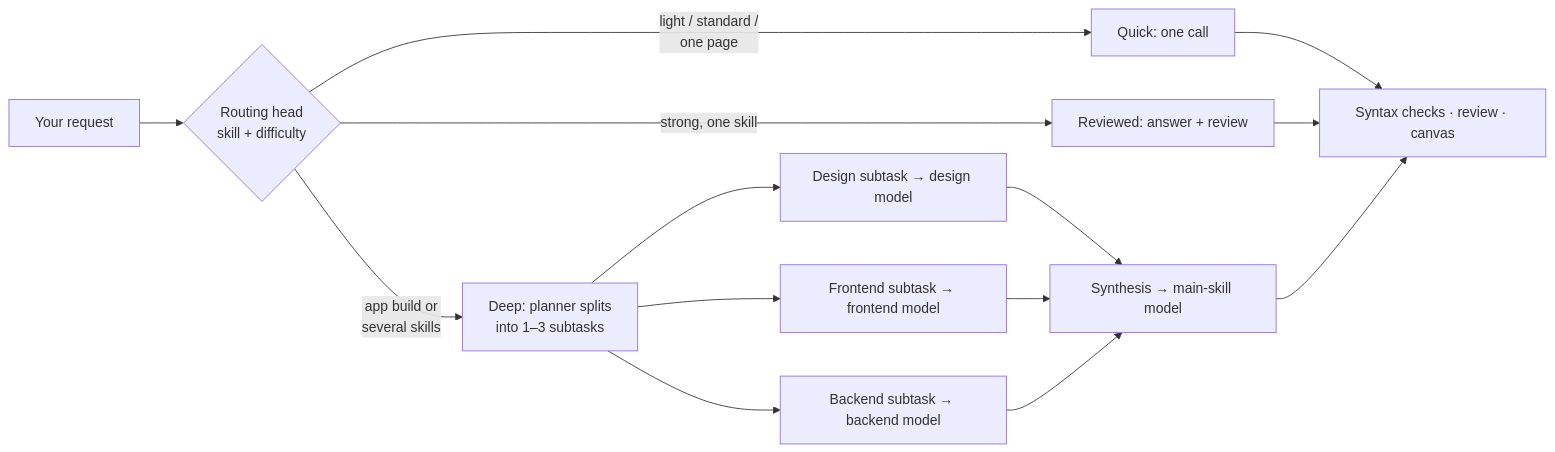
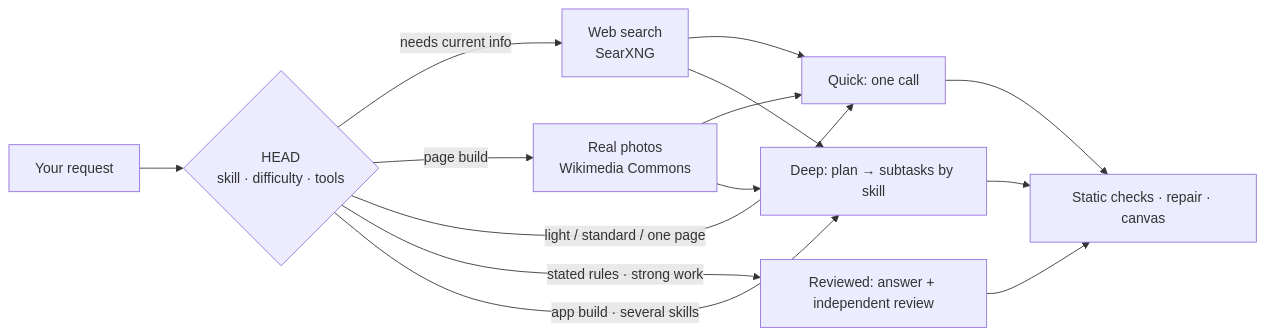
Before and after one commit to albertleooonardi/L.E.O: the diagram in README.md, drawn with Mermaid. The commit also changed other lines of this file and 21 other files, not shown here.

````diff
--- a/README.md
+++ b/README.md
@@ -47,12 +123,11 @@
 ```mermaid
 flowchart LR
-    R[Your request] --> C{Routing head<br/>skill + difficulty}
-    C -->|light / standard /<br/>one page| Q[Quick: one call]
-    C -->|strong, one skill| V[Reviewed: answer + review]
-    C -->|app build or<br/>several skills| D[Deep: planner splits<br/>into 1–3 subtasks]
-    D --> T1[Design subtask → design model]
-    D --> T2[Frontend subtask → frontend model]
-    D --> T3[Backend subtask → backend model]
-    T1 & T2 & T3 --> S[Synthesis → main-skill model]
-    Q & V & S --> K[Syntax checks · review · canvas]
+    R[Your request] --> H{HEAD<br/>skill · difficulty · tools}
+    H -->|needs current info| W[Web search<br/>SearXNG]
+    H -->|page build| P[Real photos<br/>Wikimedia Commons]
+    H -->|light / standard / one page| Q[Quick: one call]
+    H -->|stated rules · strong work| V[Reviewed: answer + independent review]
+    H -->|app build · several skills| D[Deep: plan → subtasks by skill]
+    W & P --> Q & D
+    Q & V & D --> C[Static checks · repair · canvas]
 ```
````
